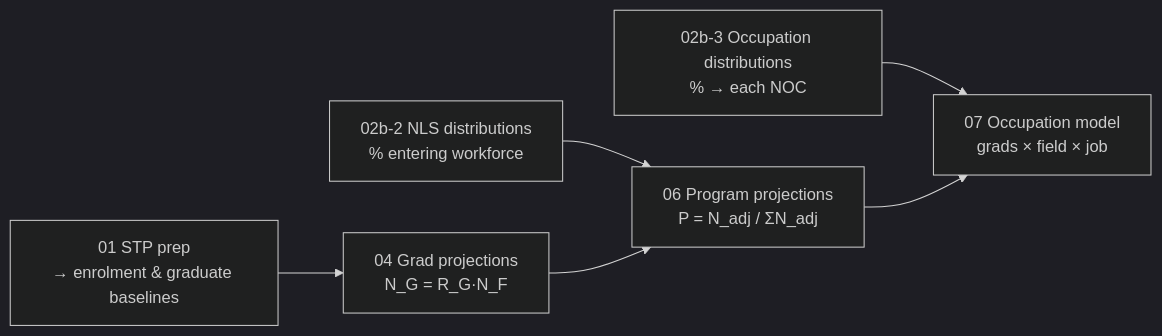
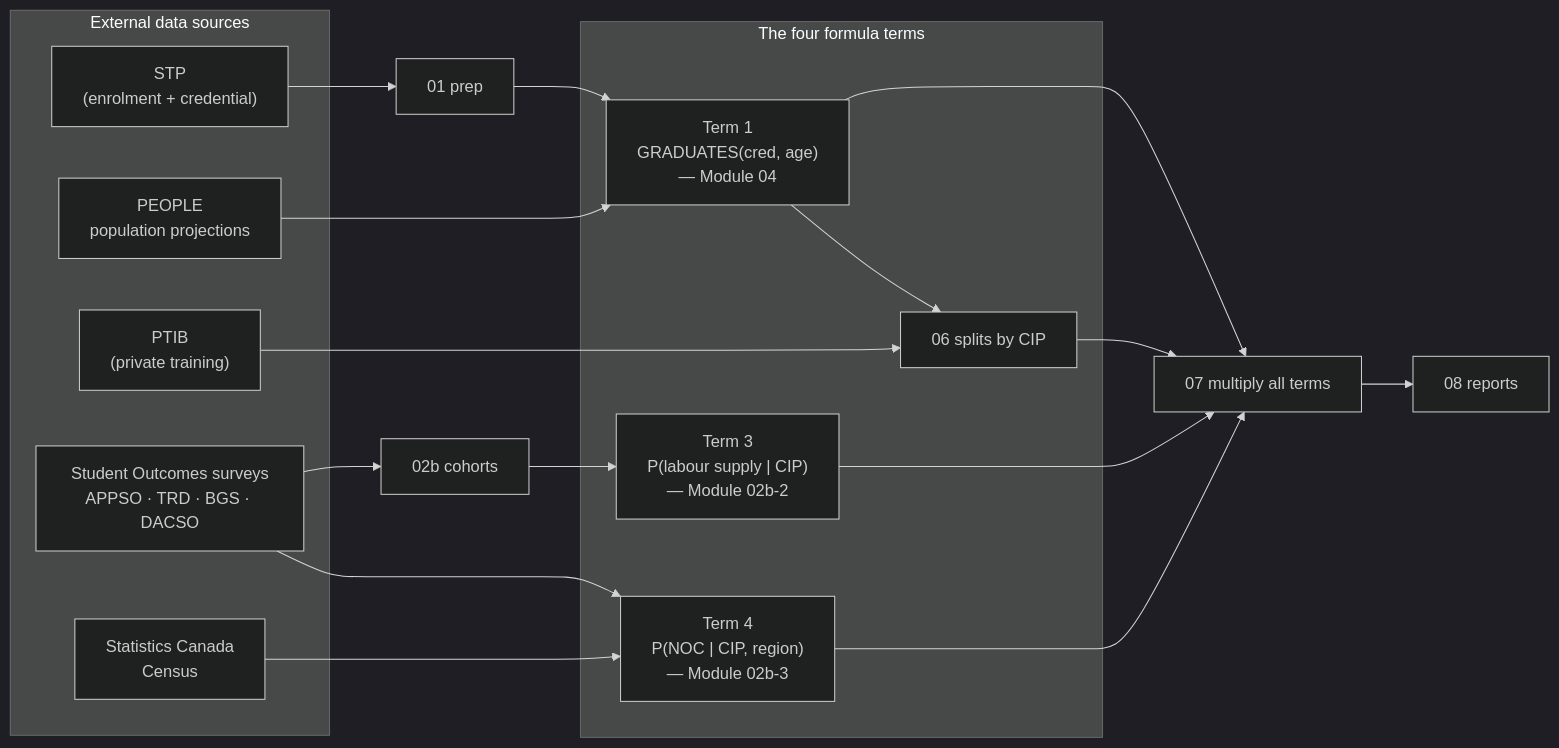
Before and after one commit to bcgov/post-secondary-supply-model: the third of 5 diagrams in docs/project-summary-for-new-analyst.md, drawn with Mermaid (dark theme). The commit also changed other lines of this file and 1 other file, not shown here.

Commit message:
docs: add new-analyst summary structured around the key OCCSN formula

````diff
--- a/docs/project-summary-for-new-analyst.md
+++ b/docs/project-summary-for-new-analyst.md
@@ -395,8 +186,30 @@
 ```mermaid
 flowchart LR
-    A["01 STP prep<br/>→ enrolment & graduate baselines"] --> D["04 Grad projections<br/>N_G = R_G·N_F"]
-    B["02b-2 NLS distributions<br/>% entering workforce"] --> E["06 Program projections<br/>P = N_adj / ΣN_adj"]
-    C["02b-3 Occupation distributions<br/>% → each NOC"] --> F["07 Occupation model<br/>grads × field × job"]
-    D --> E
-    E --> F
+    subgraph SRC["External data sources"]
+        STP["STP<br/>(enrolment + credential)"]
+        SO["Student Outcomes surveys<br/>APPSO · TRD · BGS · DACSO"]
+        PTIB["PTIB<br/>(private training)"]
+        PPL["PEOPLE<br/>population projections"]
+        CEN["Statistics Canada<br/>Census"]
+    end
+
+    subgraph TERMS["The four formula terms"]
+        T1["Term 1<br/>GRADUATES(cred, age)<br/>— Module 04"]
+        T2["Term 2<br/>P(CIP | cred, age)<br/>— Module 06"]
+        T3["Term 3<br/>P(labour supply | CIP)<br/>— Module 02b-2"]
+        T4["Term 4<br/>P(NOC | CIP, region)<br/>— Module 02b-3"]
+    end
+
+    STP --> M1["01 prep"] --> T1
+    PPL --> T1
+    SO --> M2["02b cohorts"] --> T3
+    SO --> T4
+    CEN --> T4
+    T1 --> T2["06 splits by CIP"]
+    PTIB --> T2
+    T1 --> M7["07 multiply all terms"]
+    T2 --> M7
+    T3 --> M7
+    T4 --> M7
+    M7 --> RPT["08 reports"]
 ```
````
